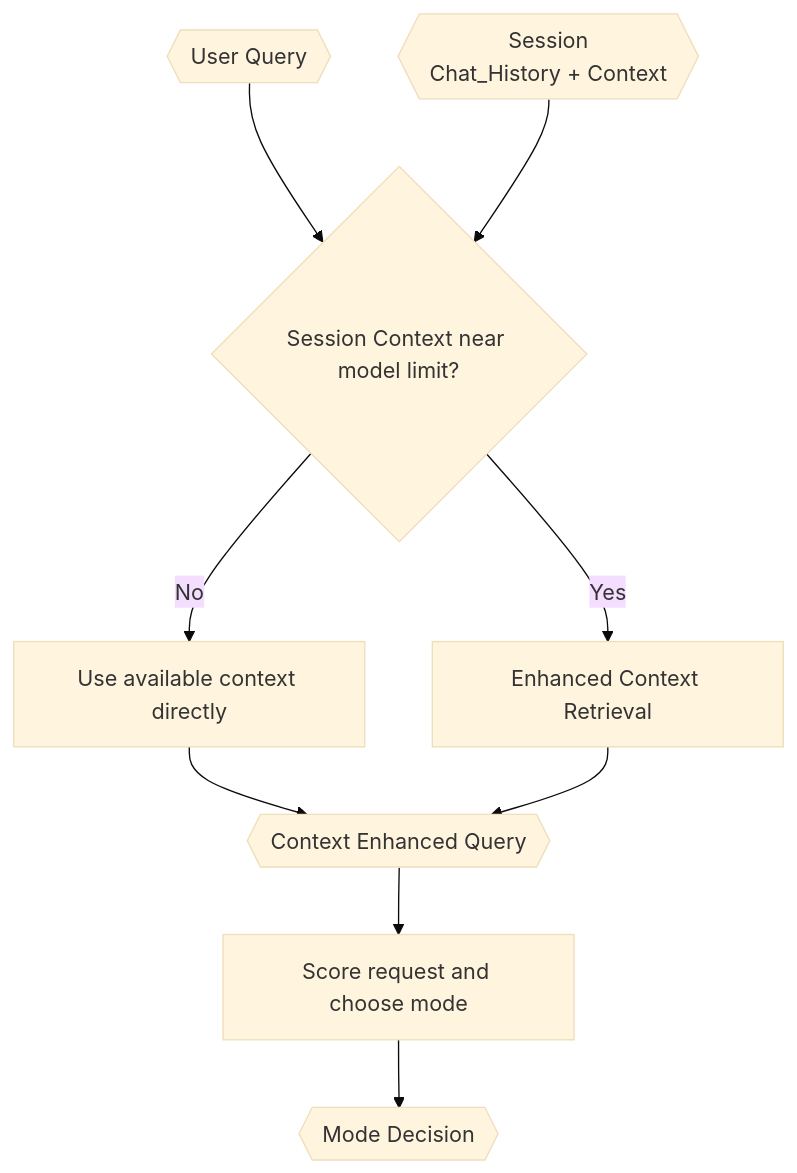
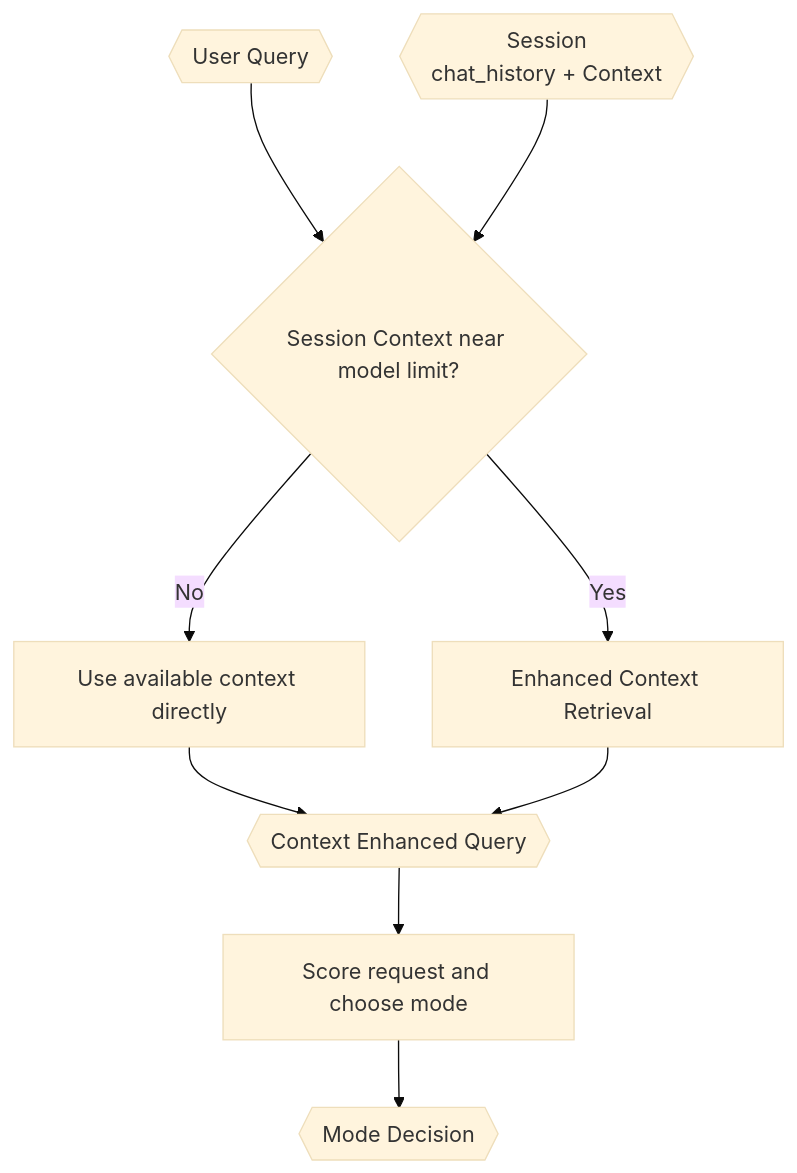
One commit to VJyzCELERY/TINYCUA changed the diagram in src/tinycua/docs/architecture/query-analyst.md. Above: the diagram before and after it, drawn with Mermaid (base theme). The commit also changed other lines of this file and 10 other files, not shown here.

First line of the commit message:
docs(architecture): fix review findings - cross-references, heading consistency, process spec structure

````diff
--- a/src/tinycua/docs/architecture/query-analyst.md
+++ b/src/tinycua/docs/architecture/query-analyst.md
@@ -54,20 +54,20 @@
 ```mermaid
 flowchart TD
     UQ{{"User Query"}}
-    FSC{{"Session\nChat_History + Context"}}
+    FSC{{"Session\nchat_history + Context"}}
     SIZE{"Session Context near model limit?"}
     DIRECT["Use available context directly"]
     RETRIEVE["Enhanced Context Retrieval"]
     CEQ{{"Context Enhanced Query"}}
     CLASSIFY["Score request and choose mode"]
     MD{{"Mode Decision"}}
 
     UQ --> SIZE
     FSC --> SIZE
     SIZE -->|No| DIRECT
     SIZE -->|Yes| RETRIEVE
     DIRECT --> CEQ
     RETRIEVE --> CEQ
     CEQ --> CLASSIFY
     CLASSIFY --> MD
 ```
````
